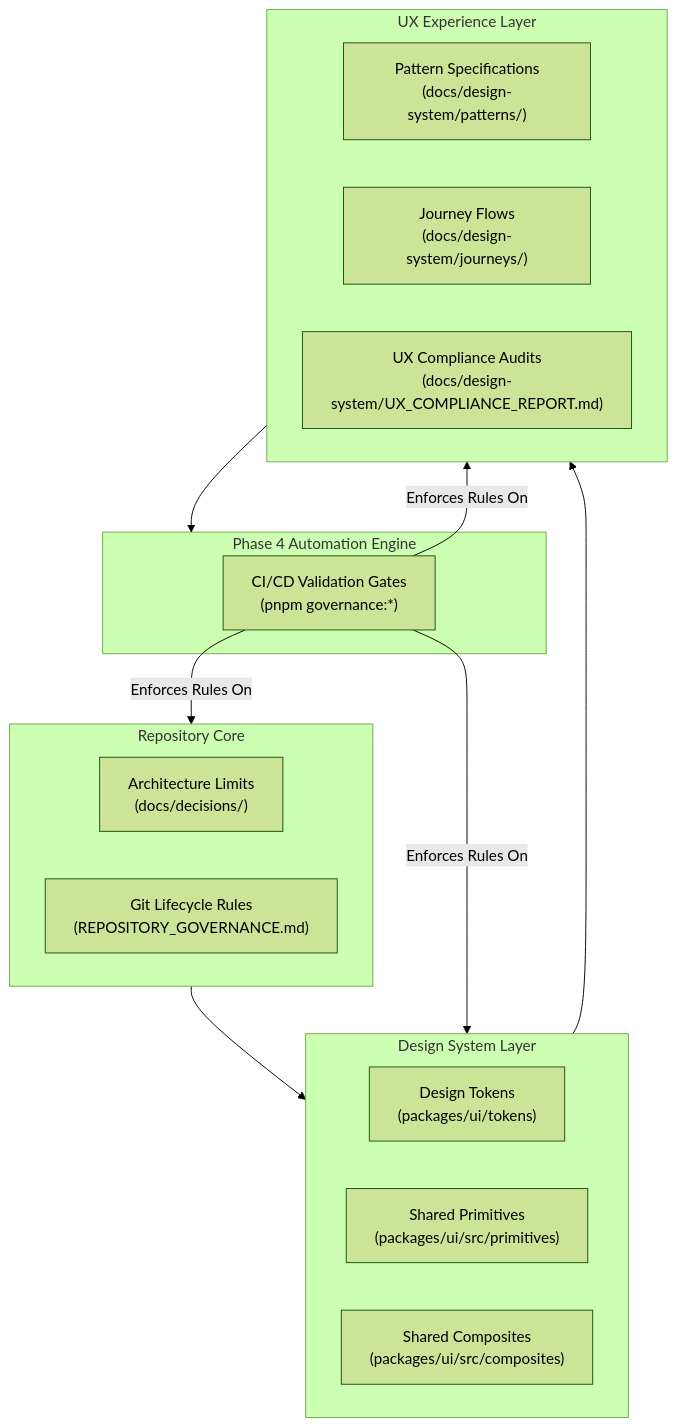
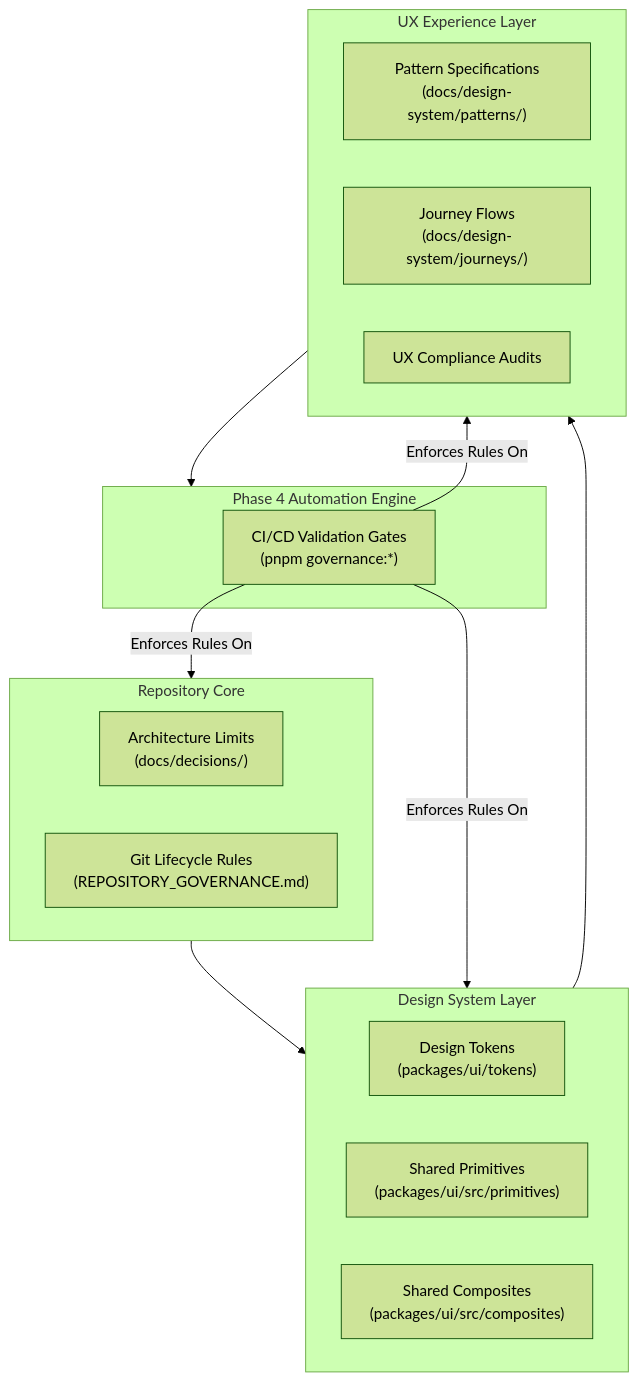
One commit to adminmadusa/MAD-Entertrainment changed the diagram in docs/governance/ENGINE.md. Above: the diagram before and after it, drawn with Mermaid (forest theme). The commit also changed 693 other files, not shown here.

````diff
--- a/docs/governance/ENGINE.md
+++ b/docs/governance/ENGINE.md
@@ -25,30 +25,30 @@
 ```mermaid
 graph TD
     subgraph Repo ["Repository Core"]
         A["Architecture Limits<br>(docs/decisions/)"]
         B["Git Lifecycle Rules<br>(REPOSITORY_GOVERNANCE.md)"]
     end
 
     subgraph Design ["Design System Layer"]
         C["Design Tokens<br>(packages/ui/tokens)"]
         D["Shared Primitives<br>(packages/ui/src/primitives)"]
         E["Shared Composites<br>(packages/ui/src/composites)"]
     end
 
     subgraph UX ["UX Experience Layer"]
         F["Pattern Specifications<br>(docs/design-system/patterns/)"]
         G["Journey Flows<br>(docs/design-system/journeys/)"]
-        H["UX Compliance Audits<br>(docs/design-system/UX_COMPLIANCE_REPORT.md)"]
+        H["UX Compliance Audits"]
     end
 
     subgraph Automation ["Phase 4 Automation Engine"]
         I["CI/CD Validation Gates<br>(pnpm governance:*)"]
     end
 
     Repo --> Design
     Design --> UX
     UX --> Automation
     I -- Enforces Rules On --> Repo
     I -- Enforces Rules On --> Design
     I -- Enforces Rules On --> UX
 ```
````
